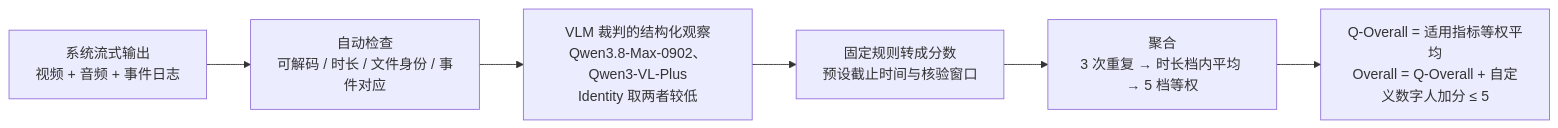
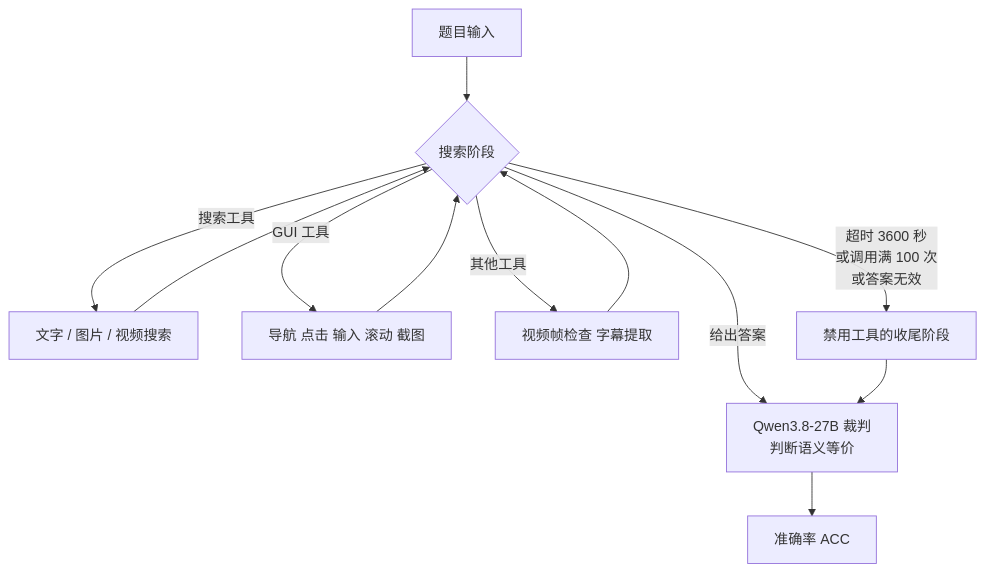
The third of 4 diagrams in docs/index.md (yingwang/paper-reads), drawn with Mermaid before and after one commit. The commit also changed other lines of this file and 2 other files, not shown here.

````diff
--- a/docs/index.md
+++ b/docs/index.md
@@ -126,8 +149,14 @@
 ```mermaid
-flowchart LR
-    A[系统流式输出<br/>视频 + 音频 + 事件日志] --> B[自动检查<br/>可解码 / 时长 / 文件身份 / 事件对应]
-    B --> C[VLM 裁判的结构化观察<br/>Qwen3.8-Max-0902、Qwen3-VL-Plus<br/>Identity 取两者较低]
-    C --> D[固定规则转成分数<br/>预设截止时间与核验窗口]
-    D --> E[聚合<br/>3 次重复 → 时长档内平均 → 5 档等权]
-    E --> F[Q-Overall = 适用指标等权平均<br/>Overall = Q-Overall + 自定义数字人加分 ≤ 5]
+flowchart TD
+    Q[题目输入] --> S{搜索阶段}
+    S -->|搜索工具| S1[文字 / 图片 / 视频搜索]
+    S -->|GUI 工具| S2[导航 点击 输入 滚动 截图]
+    S -->|其他工具| S3[视频帧检查 字幕提取]
+    S1 --> S
+    S2 --> S
+    S3 --> S
+    S -->|给出答案| J[Qwen3.8-27B 裁判<br/>判断语义等价]
+    S -->|超时 3600 秒<br/>或调用满 100 次<br/>或答案无效| Fz[禁用工具的收尾阶段]
+    Fz --> J
+    J --> ACC[准确率 ACC]
 ```
````
